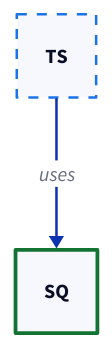
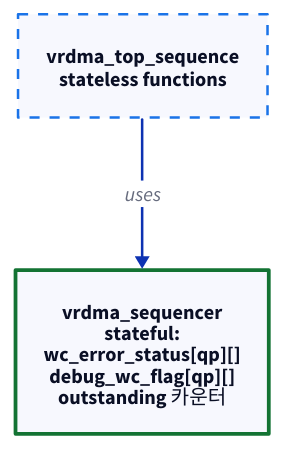
The diagram in topics/rdma_verification/docs/05_extension_principles.md (humbleowl39/DV_SKOOL), drawn with D2 before and after one commit. The commit also changed 90 other files, not shown here.

First line of the commit message:
docs: 전 토픽 다이어그램 정비 — ASCII→D2, mermaid→D2, 과대 D2 가시성 수정

````diff
--- a/topics/rdma_verification/docs/05_extension_principles.md
+++ b/topics/rdma_verification/docs/05_extension_principles.md
@@ -207,9 +207,14 @@
 ```d2
 direction: down
 
-# unparsed: TS["vrdma_top_sequence<br/>stateless functions"]
-# unparsed: SQ["vrdma_sequencer<br/>stateful:<br/>wc_error_status[qp][$]<br/>debug_wc_flag[qp][$]<br/>outstanding 카운터"]
-TS { style.stroke: "#1a73e8"; style.stroke-width: 2; style.stroke-dash: 4 }
-SQ { style.stroke: "#137333"; style.stroke-width: 3 }
+TS: "vrdma_top_sequence\nstateless functions" {
+  style.stroke: "#1a73e8"
+  style.stroke-width: 2
+  style.stroke-dash: 4
+}
+SQ: "vrdma_sequencer\nstateful:\nwc_error_status[qp][]\ndebug_wc_flag[qp][]\noutstanding 카운터" {
+  style.stroke: "#137333"
+  style.stroke-width: 3
+}
 TS -> SQ: "uses"
 ```
````
